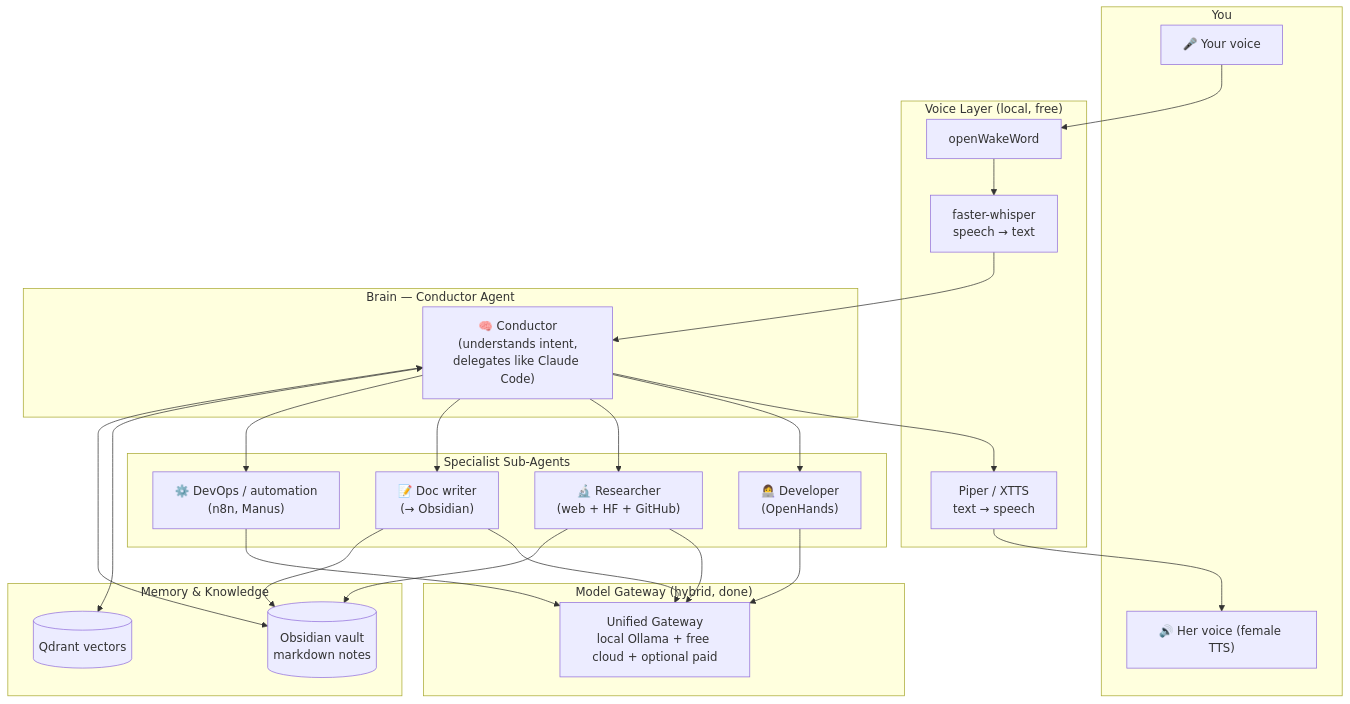
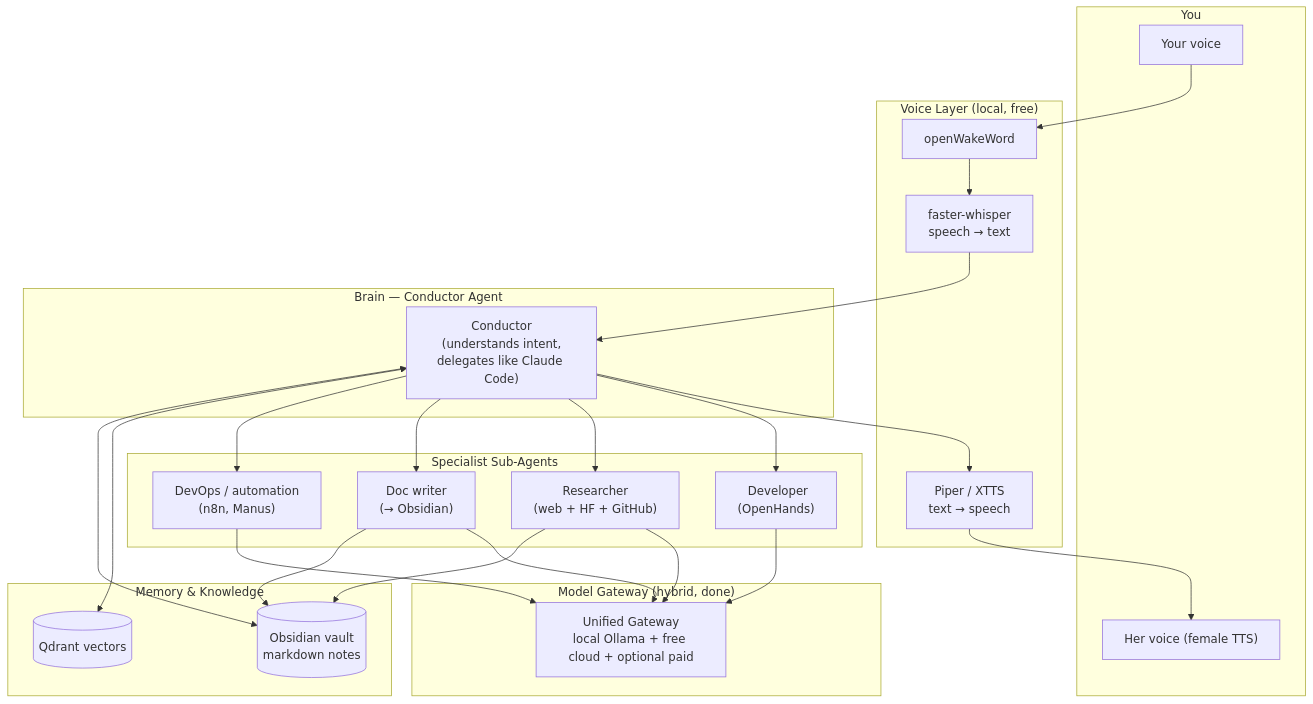
The diagram in ROADMAP.md (MuziSan07/mi-mescla-ai-os), drawn with Mermaid before and after one commit. The commit also changed other lines of this file and 8 other files, not shown here.

````diff
--- a/ROADMAP.md
+++ b/ROADMAP.md
@@ -54,42 +54,42 @@
 ```mermaid
 graph TD
     subgraph You
-        MIC["🎤 Your voice"]
-        SPK["🔊 Her voice (female TTS)"]
+ MIC[" Your voice"]
+ SPK[" Her voice (female TTS)"]
     end
 
     subgraph "Voice Layer (local, free)"
         WAKE[openWakeWord] --> STT["faster-whisper<br/>speech → text"]
         TTS["Piper / XTTS<br/>text → speech"] --> SPK
         MIC --> WAKE
     end
 
     subgraph "Brain — Conductor Agent"
-        COND["🧠 Conductor<br/>(understands intent,<br/>delegates like Claude Code)"]
+ COND[" Conductor<br/>(understands intent,<br/>delegates like Claude Code)"]
     end
 
     subgraph "Specialist Sub-Agents"
-        DEV["👩‍💻 Developer<br/>(OpenHands)"]
-        RES["🔬 Researcher<br/>(web + HF + GitHub)"]
-        DOC["📝 Doc writer<br/>(→ Obsidian)"]
-        OPS["⚙️ DevOps / automation<br/>(n8n, Manus)"]
+ DEV["‍ Developer<br/>(OpenHands)"]
+ RES[" Researcher<br/>(web + HF + GitHub)"]
+ DOC[" Doc writer<br/>(→ Obsidian)"]
+ OPS[" DevOps / automation<br/>(n8n, Manus)"]
     end
 
     subgraph "Model Gateway (hybrid, done)"
         GW["Unified Gateway<br/>local Ollama + free cloud + optional paid"]
     end
 
     subgraph "Memory & Knowledge"
         QD[(Qdrant vectors)]
         OBS[("Obsidian vault<br/>markdown notes")]
     end
 
     STT --> COND
     COND --> TTS
     COND --> DEV & RES & DOC & OPS
     DEV & RES & DOC & OPS --> GW
     COND <--> QD
     DOC --> OBS
     RES --> OBS
     COND <--> OBS
 ```
````
